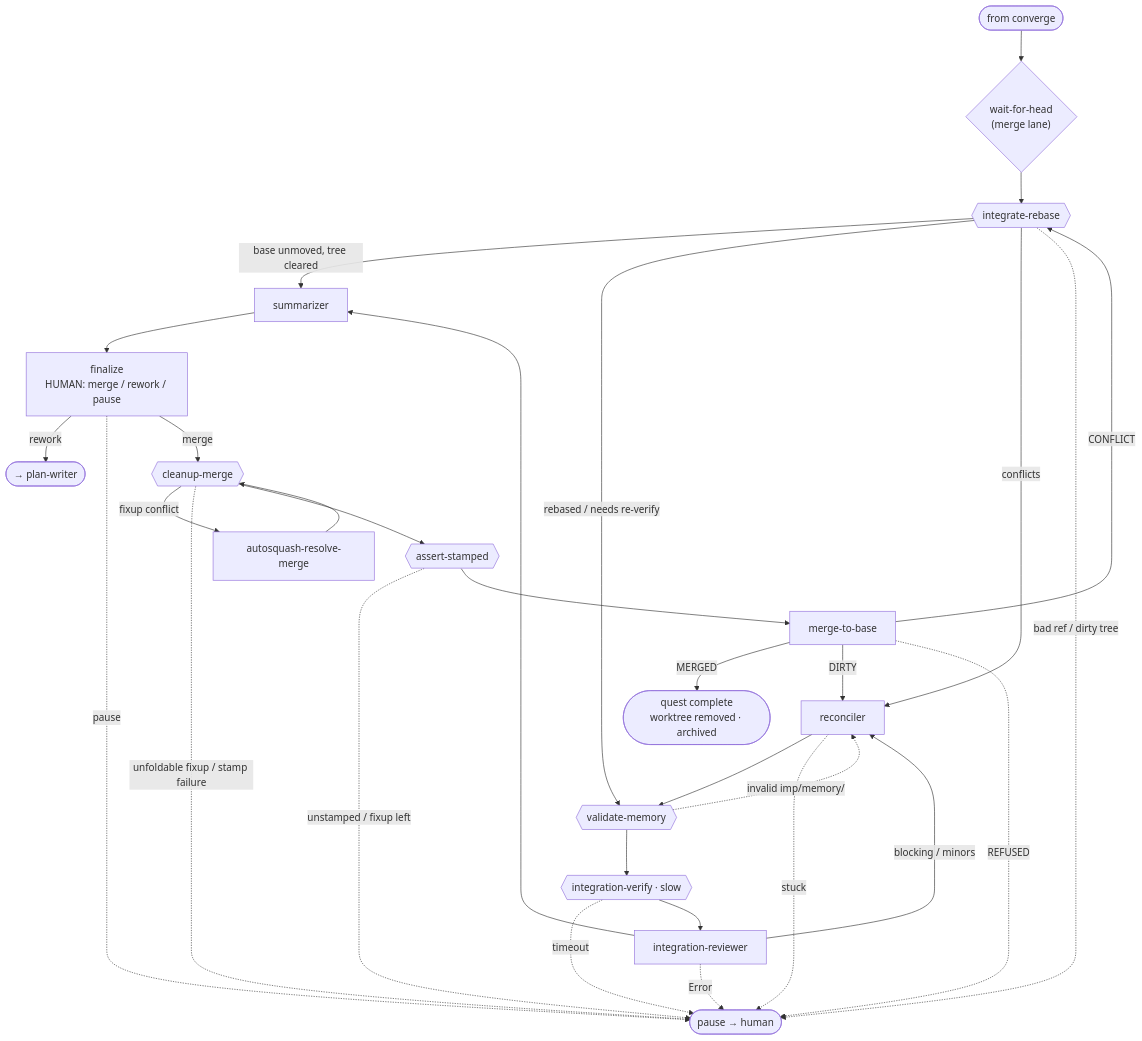
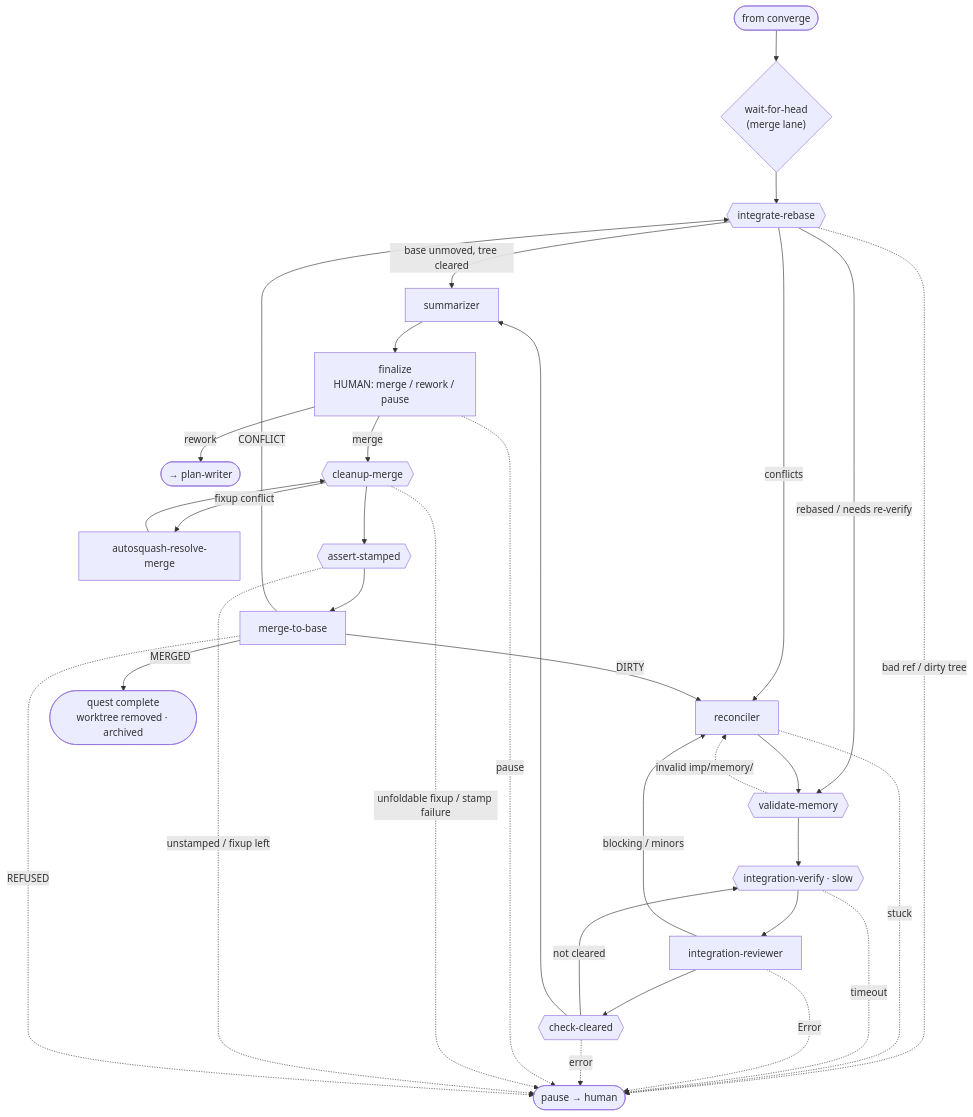
Diagram 13 of 13 in docs/internals/architecture.md (jpoimboe/imp), drawn with Mermaid before and after one commit. The commit also changed other lines of this file and 1 other file, not shown here.

First line of the commit message:
docs: show the check-cleared merge door in the integrate phase

````diff
--- a/docs/internals/architecture.md
+++ b/docs/internals/architecture.md
@@ -282,32 +285,35 @@
 ```mermaid
 flowchart TD
   in([from converge]) --> WFH{"wait-for-head<br/>(merge lane)"}
   WFH --> IR{{"integrate-rebase"}}
   IR -->|"base unmoved, tree cleared"| SUM
   IR -->|"rebased / needs re-verify"| VM
   IR -->|conflicts| REC["reconciler"]
   IR -. "bad ref / dirty tree" .-> HUMAN([pause → human])
   REC --> VM{{"validate-memory"}}
   REC -. stuck .-> HUMAN
   VM -. "invalid imp/memory/" .-> REC
   VM --> IV{{"integration-verify · slow"}}
   IV -. timeout .-> HUMAN
   IV --> IRV["integration-reviewer"]
   IRV -->|"blocking / minors"| REC
   IRV -. Error .-> HUMAN
-  IRV --> SUM["summarizer"]
+  IRV --> CC{{"check-cleared"}}
+  CC -->|"not cleared"| IV
+  CC -. error .-> HUMAN
+  CC --> SUM["summarizer"]
   SUM --> FIN["finalize<br/>HUMAN: merge / rework / pause"]
   FIN -->|rework| back([→ plan-writer])
   FIN -. pause .-> HUMAN
   FIN -->|merge| CM{{"cleanup-merge"}}
   CM -->|"fixup conflict"| ASR["autosquash-resolve-merge"]
   ASR --> CM
   CM -. "unfoldable fixup / stamp failure" .-> HUMAN
   CM --> AST{{"assert-stamped"}}
   AST -. "unstamped / fixup left" .-> HUMAN
   AST --> M2B["merge-to-base"]
   M2B -->|MERGED| done([quest complete<br/>worktree removed · archived])
   M2B -->|CONFLICT| IR
   M2B -->|DIRTY| REC
   M2B -. REFUSED .-> HUMAN
 ```
````
